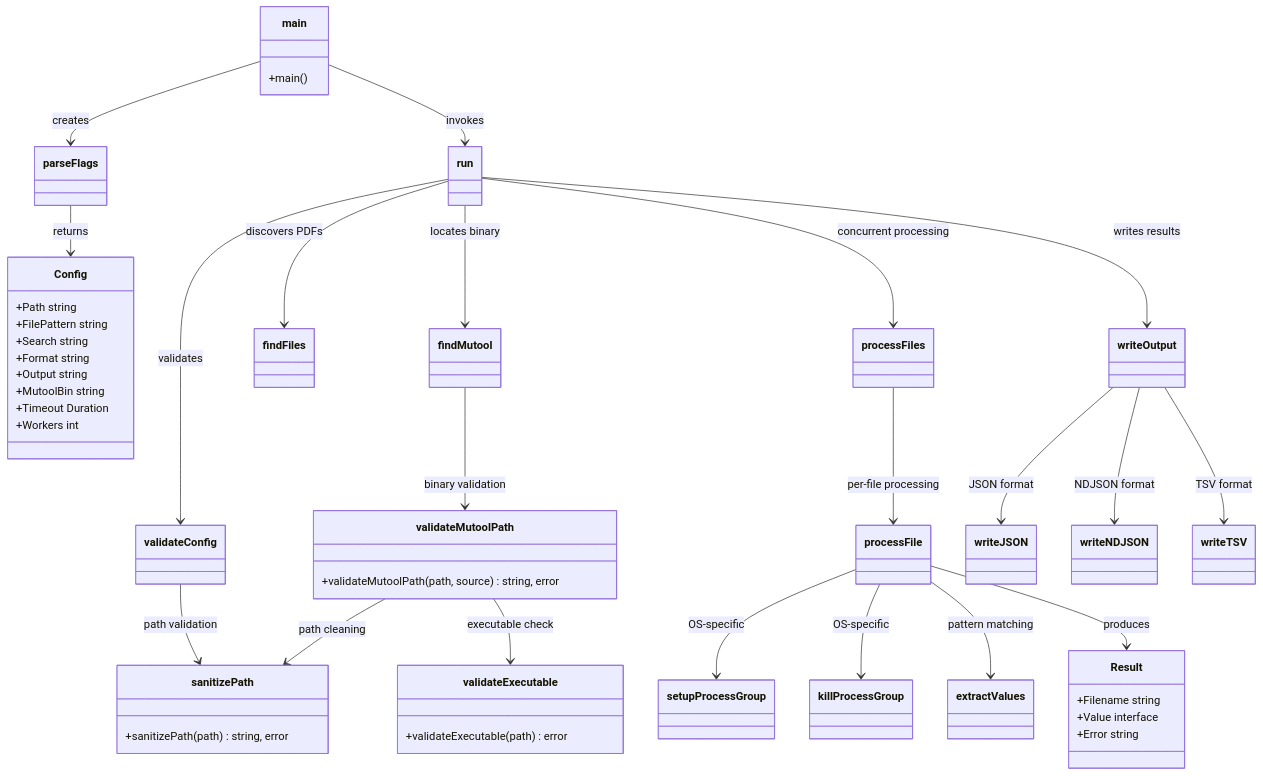
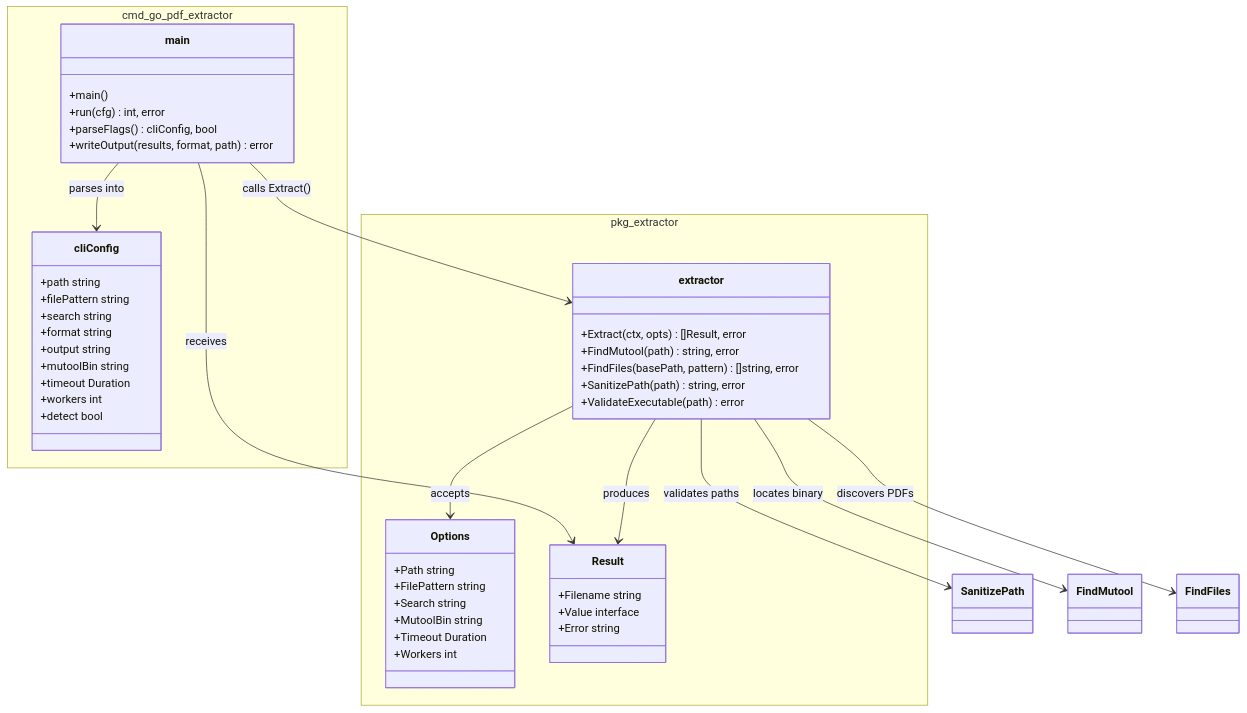
The third of 6 diagrams in ARCHITECTURE.md (edsilegxrepo/pdf-extractor), drawn with Mermaid before and after one commit. The commit also changed other lines of this file and 27 other files, not shown here.

First line of the commit message:
refactor: expose library API in pkg/extractor

````diff
--- a/ARCHITECTURE.md
+++ b/ARCHITECTURE.md
@@ -205,55 +205,55 @@
 ```mermaid
 classDiagram
-    class main {
-        +main()
-    }
-    class Config {
-        +Path string
-        +FilePattern string
-        +Search string
-        +Format string
-        +Output string
-        +MutoolBin string
-        +Timeout Duration
-        +Workers int
-    }
-    class Result {
-        +Filename string
-        +Value interface
-        +Error string
+    namespace cmd_go_pdf_extractor {
+        class main {
+            +main()
+            +run(cfg) int, error
+            +parseFlags() cliConfig, bool
+            +writeOutput(results, format, path) error
+        }
+        class cliConfig {
+            +path string
+            +filePattern string
+            +search string
+            +format string
+            +output string
+            +mutoolBin string
+            +timeout Duration
+            +workers int
+            +detect bool
+        }
     }
     
-    main --> parseFlags : creates
-    main --> run : invokes
-    parseFlags --> Config : returns
-    run --> validateConfig : validates
-    run --> findMutool : locates binary
-    run --> findFiles : discovers PDFs
-    run --> processFiles : concurrent processing
-    run --> writeOutput : writes results
+    namespace pkg_extractor {
+        class Options {
+            +Path string
+            +FilePattern string
+            +Search string
+            +MutoolBin string
+            +Timeout Duration
+            +Workers int
+        }
+        class Result {
+            +Filename string
+            +Value interface
+            +Error string
+        }
+        class extractor {
+            +Extract(ctx, opts) []Result, error
+            +FindMutool(path) string, error
+            +FindFiles(basePath, pattern) []string, error
+            +SanitizePath(path) string, error
+            +ValidateExecutable(path) error
+        }
+    }
     
-    validateConfig --> sanitizePath : path validation
-    findMutool --> validateMutoolPath : binary validation
-    validateMutoolPath --> sanitizePath : path cleaning
-    validateMutoolPath --> validateExecutable : executable check
+    main --> cliConfig : parses into
+    main --> extractor : calls Extract()
+    main --> Result : receives
     
-    processFiles --> processFile : per-file processing
-    processFile --> setupProcessGroup : OS-specific
-    processFile --> killProcessGroup : OS-specific
-    processFile --> extractValues : pattern matching
-    processFile --> Result : produces
-    
-    writeOutput --> writeJSON : JSON format
-    writeOutput --> writeNDJSON : NDJSON format
-    writeOutput --> writeTSV : TSV format
-
-    class sanitizePath {
-        +sanitizePath(path) string, error
-    }
-    class validateExecutable {
-        +validateExecutable(path) error
-    }
-    class validateMutoolPath {
-        +validateMutoolPath(path, source) string, error
-    }
+    extractor --> Options : accepts
+    extractor --> Result : produces
+    extractor --> SanitizePath : validates paths
+    extractor --> FindMutool : locates binary
+    extractor --> FindFiles : discovers PDFs
 ```
````
